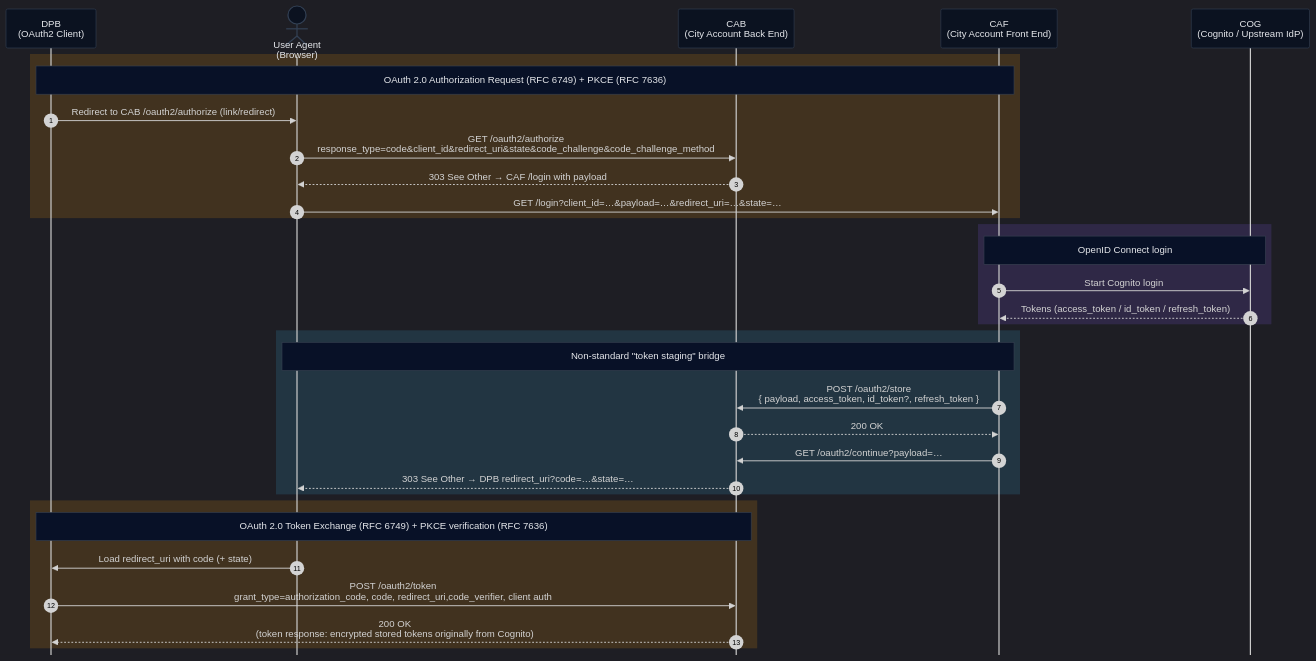
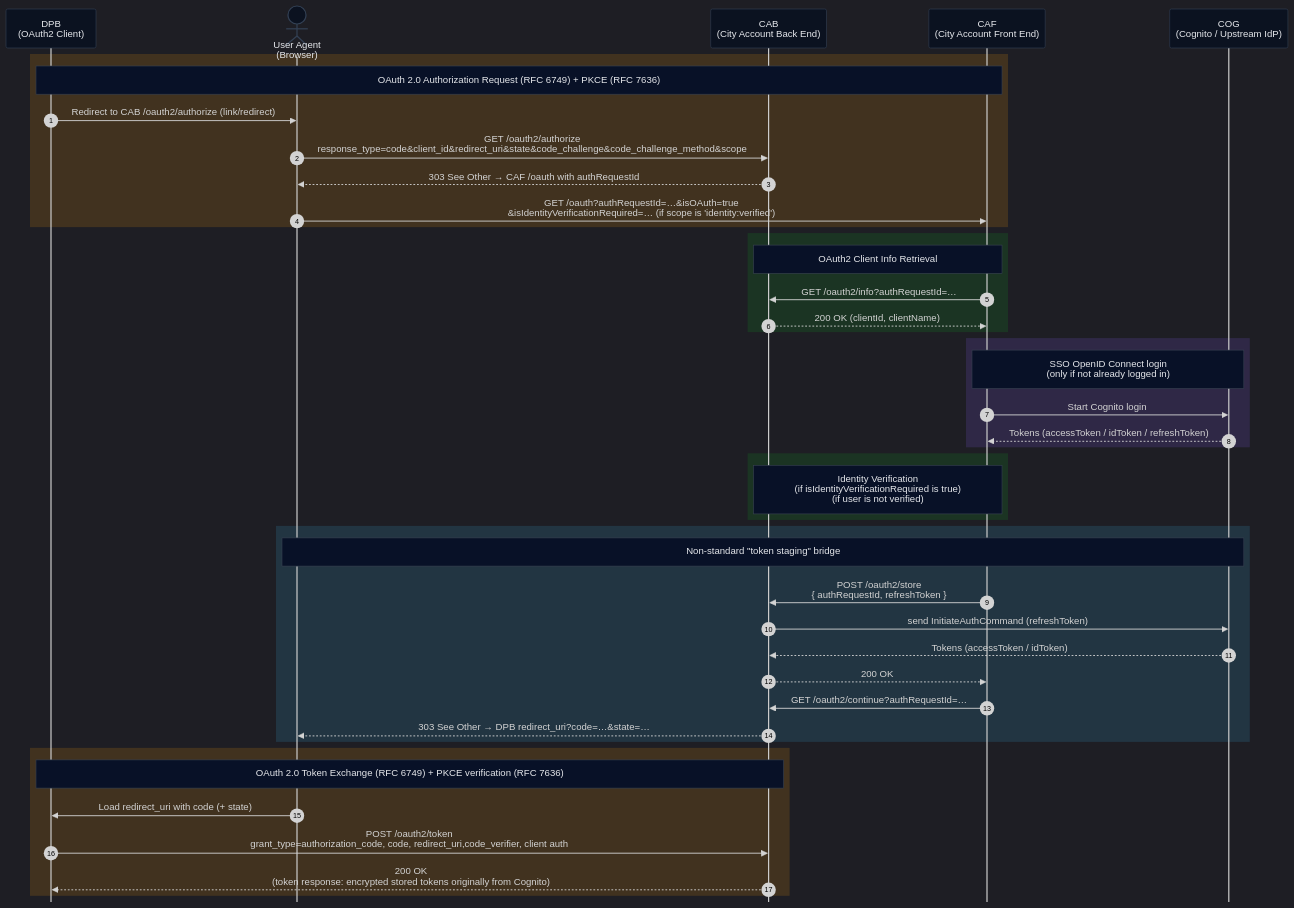
One commit to bratislava/konto.bratislava.sk changed the diagram in nest-city-account/src/oauth2/diagrams.md. Above: the diagram before and after it, drawn with Mermaid.

Commit message:
Update oAuth flow diagram with SSO changes

````diff
--- a/nest-city-account/src/oauth2/diagrams.md
+++ b/nest-city-account/src/oauth2/diagrams.md
@@ -1,58 +1,70 @@
 ```mermaid
 ---
 config:
   theme: 'dark'
   sequence:
     mirrorActors: false
     noteMargin: 15
     boxTextMargin: 5
   themeVariables:
     fontFamily: "Inter, Segoe UI, Roboto, Arial"
     noteBkgColor: "#081127"
     noteTextColor: "#E5E7EB"
     noteBorderColor: "#374151"
     # Actor styling
     actorBkg: "#0B1220"
     actorBorder: "#334155"
     actorTextColor: "#E5E7EB"
     # Lines/text
     lineColor: "#94A3B8"
     textColor: "#E5E7EB"
 ---
 sequenceDiagram
     autonumber
     participant DPB as DPB<br/>(OAuth2 Client)
     actor UA as User Agent<br/>(Browser)
     participant CAB as CAB<br/>(City Account Back End)
     participant CAF as CAF<br/>(City Account Front End)
     participant COG as COG<br/>(Cognito / Upstream IdP)
 
     rect rgba(245, 158, 11, 0.16)
         Note over DPB, CAF: OAuth 2.0 Authorization Request (RFC 6749) + PKCE (RFC 7636)
         DPB ->> UA: Redirect to CAB /oauth2/authorize (link/redirect)
-        UA ->> CAB: GET /oauth2/authorize<br/>response_type=code&client_id&redirect_uri&state&code_challenge&code_challenge_method
-        CAB -->> UA: 303 See Other → CAF /login with payload
-        UA ->> CAF: GET /login?client_id=…&payload=…&redirect_uri=…&state=…
+        UA ->> CAB: GET /oauth2/authorize<br/>response_type=code&client_id&redirect_uri&state&code_challenge&code_challenge_method&scope
+        CAB -->> UA: 303 See Other → CAF /oauth with authRequestId
+        UA ->> CAF: GET /oauth?authRequestId=…&isOAuth=true<br>&isIdentityVerificationRequired=… (if scope is 'identity:verified')
+    end
+
+    rect rgba(18, 167, 31, 0.16)
+        Note over CAB, CAF: OAuth2 Client Info Retrieval
+        CAF ->> CAB: GET /oauth2/info?authRequestId=…
+        CAB -->> CAF: 200 OK (clientId, clientName)
     end
 
     rect rgba(139, 92, 246, 0.16)
-        Note over CAF, COG: OpenID Connect login
+        Note over CAF, COG: SSO OpenID Connect login<br>(only if not already logged in)
         CAF ->> COG: Start Cognito login
-        COG -->> CAF: Tokens (access_token / id_token / refresh_token)
+        COG -->> CAF: Tokens (accessToken / idToken / refreshToken)
+    end
+
+    rect rgba(18, 167, 31, 0.16)
+        Note over CAB, CAF: Identity Verification<br/>(if isIdentityVerificationRequired is true)<br/>(if user is not verified)
     end
 
     rect rgba(56, 189, 248, 0.14)
-        Note over UA, CAF: Non-standard "token staging" bridge
-        CAF ->> CAB: POST /oauth2/store<br/>{ payload, access_token, id_token?, refresh_token }
+        Note over UA, COG: Non-standard "token staging" bridge
+        CAF ->> CAB: POST /oauth2/store<br/>{ authRequestId, refreshToken }
+        CAB ->> COG: send InitiateAuthCommand (refreshToken)
+        COG -->> CAB: Tokens (accessToken / idToken)
         CAB -->> CAF: 200 OK
-        CAF ->> CAB: GET /oauth2/continue?payload=…
+        CAF ->> CAB: GET /oauth2/continue?authRequestId=…
         CAB -->> UA: 303 See Other → DPB redirect_uri?code=…&state=…
     end
 
     rect rgba(245, 158, 11, 0.16)
         Note over DPB, CAB: OAuth 2.0 Token Exchange (RFC 6749) + PKCE verification (RFC 7636)
         UA ->> DPB: Load redirect_uri with code (+ state)
         DPB ->> CAB: POST /oauth2/token<br/>grant_type=authorization_code, code, redirect_uri,code_verifier, client auth
         CAB -->> DPB: 200 OK<br/>(token response: encrypted stored tokens originally from Cognito)
     end
 ```
````
